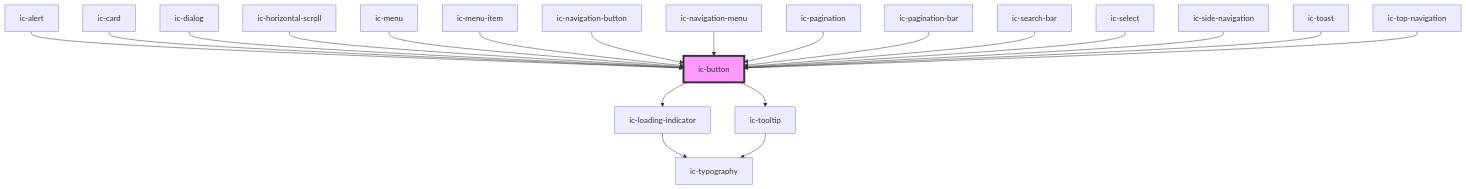
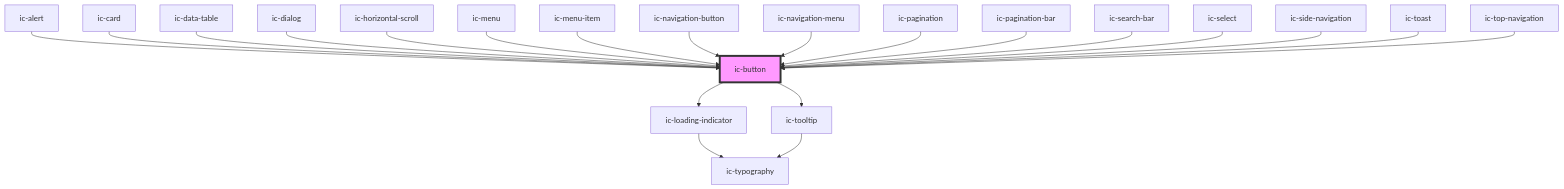
The diagram in packages/web-components/src/components/ic-button/readme.md (mi6/ic-ui-kit), drawn with Mermaid before and after one commit. The commit also changed other lines of this file and 63 other files, not shown here.

First line of the commit message:
feat(web-components): add pagination and sorting to data table

````diff
--- a/packages/web-components/src/components/ic-button/readme.md
+++ b/packages/web-components/src/components/ic-button/readme.md
@@ -97,23 +98,24 @@
 ```mermaid
 graph TD;
   ic-button --> ic-loading-indicator
   ic-button --> ic-tooltip
   ic-loading-indicator --> ic-typography
   ic-tooltip --> ic-typography
   ic-alert --> ic-button
   ic-card --> ic-button
+  ic-data-table --> ic-button
   ic-dialog --> ic-button
   ic-horizontal-scroll --> ic-button
   ic-menu --> ic-button
   ic-menu-item --> ic-button
   ic-navigation-button --> ic-button
   ic-navigation-menu --> ic-button
   ic-pagination --> ic-button
   ic-pagination-bar --> ic-button
   ic-search-bar --> ic-button
   ic-select --> ic-button
   ic-side-navigation --> ic-button
   ic-toast --> ic-button
   ic-top-navigation --> ic-button
   style ic-button fill:#f9f,stroke:#333,stroke-width:4px
 ```
````
